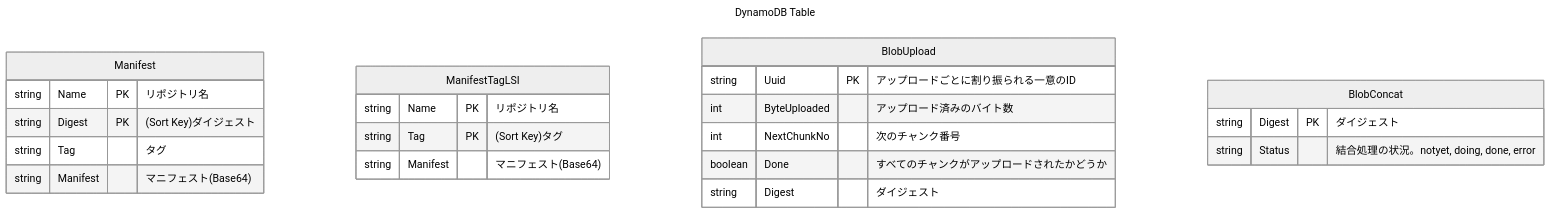
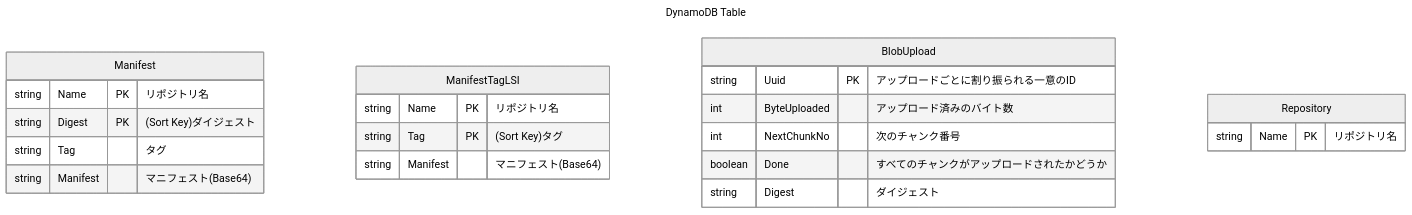
The diagram in tables.md (a-takamin/TCR), drawn with Mermaid (neutral theme) before and after one commit. The commit also changed 27 other files, not shown here.

````diff
--- a/tables.md
+++ b/tables.md
@@ -1,31 +1,30 @@
 ```mermaid
 ---
 title: DynamoDB Table
 ---
 erDiagram
     Manifest {
         string Name PK "リポジトリ名"
         string Digest PK "(Sort Key)ダイジェスト"
         string Tag "タグ"
         string Manifest "マニフェスト(Base64)"
     }
 
     ManifestTagLSI {
         string Name PK "リポジトリ名"
         string Tag PK "(Sort Key)タグ"
         string Manifest "マニフェスト(Base64)"
     }
 
     BlobUpload {
         string Uuid PK "アップロードごとに割り振られる一意のID"
         int ByteUploaded "アップロード済みのバイト数"
         int NextChunkNo "次のチャンク番号"
         boolean Done "すべてのチャンクがアップロードされたかどうか"
         string Digest "ダイジェスト"
     }
 
-    BlobConcat {
-      string Digest PK "ダイジェスト"
-      string Status "結合処理の状況。notyet, doing, done, error"
+    Repository {
+      string Name PK "リポジトリ名"
     }
 ```
````
